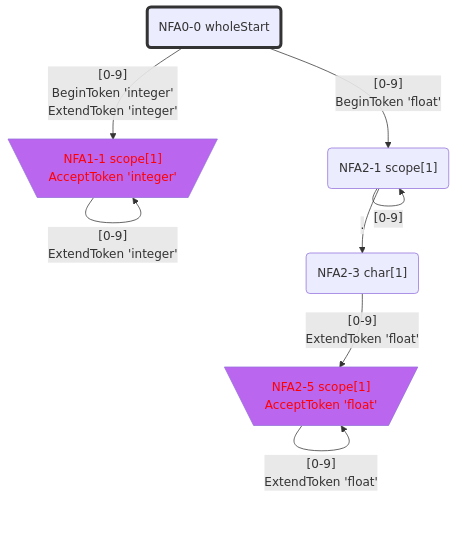
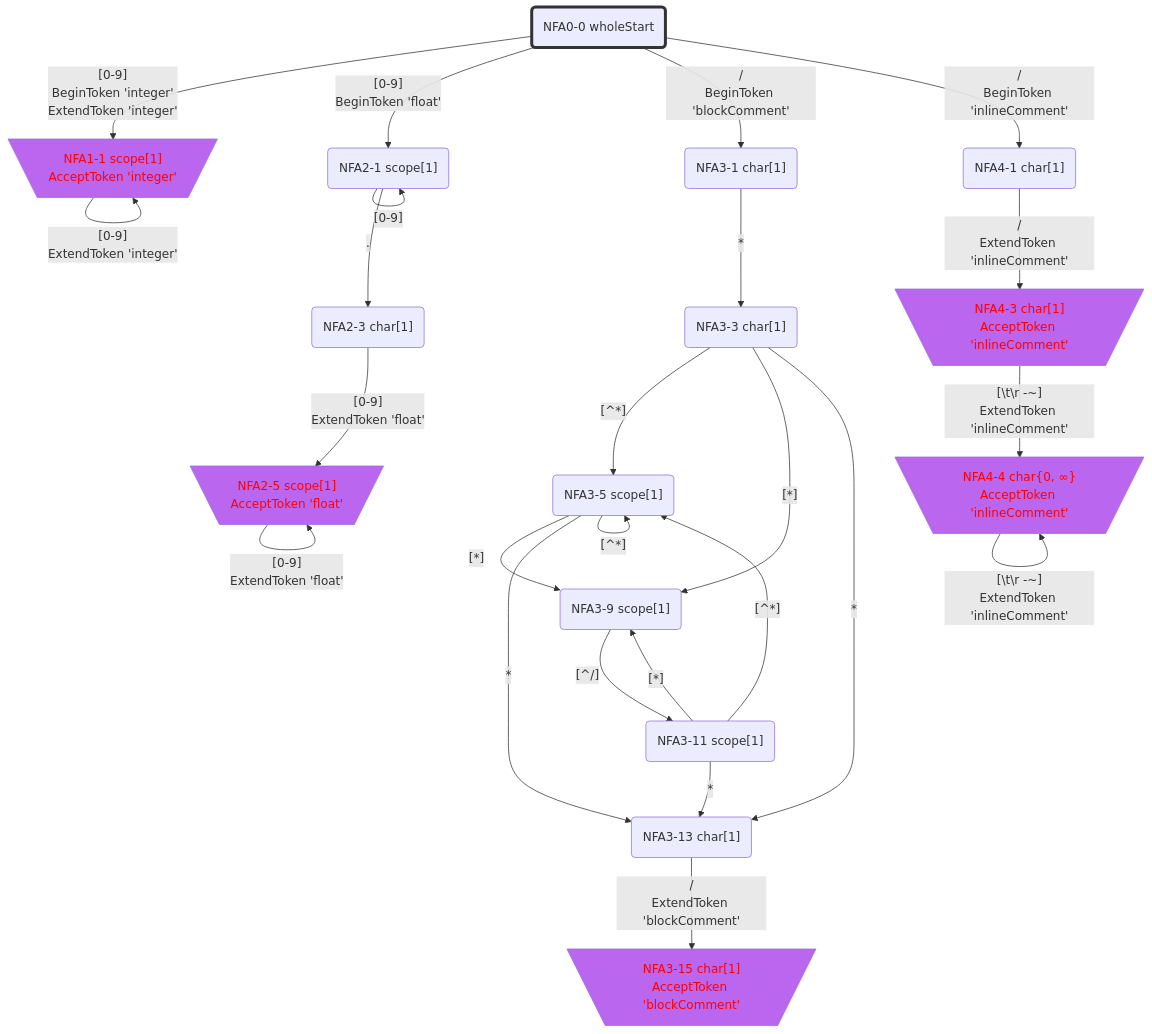
Before and after one commit to bitzhuwei/GrammarMentor: the third of 7 diagrams in Practices/Practice.GeneratedXxxFormat.Test/GeneratedNumbers/doc/LexicalStates.gen.md, drawn with Mermaid. The commit also changed other lines of this file and 3868 other files, not shown here.

````diff
--- a/Practices/Practice.GeneratedXxxFormat.Test/GeneratedNumbers/doc/LexicalStates.gen.md
+++ b/Practices/Practice.GeneratedXxxFormat.Test/GeneratedNumbers/doc/LexicalStates.gen.md
@@ -215,41 +481,80 @@
 ```Mermaid
 flowchart
 classDef c0001 color:#FF0000;
 classDef c0010 stroke-dasharray: 10 10;
 classDef c0011 stroke-dasharray: 10 10,color:#FF0000;
 classDef c0100 fill:#BB66EE;
 classDef c0101 fill:#BB66EE,color:#FF0000;
 classDef c0110 fill:#BB66EE,stroke-dasharray: 10 10;
 classDef c0111 fill:#BB66EE,stroke-dasharray: 10 10,color:#FF0000;
 classDef c1000 stroke:#333,stroke-width:4px;
 classDef c1001 stroke:#333,stroke-width:4px,color:#FF0000;
 classDef c1010 stroke:#333,stroke-width:4px,stroke-dasharray: 10 10;
 classDef c1011 stroke:#333,stroke-width:4px,stroke-dasharray: 10 10,color:#FF0000;
 classDef c1100 stroke:#333,stroke-width:4px,fill:#BB66EE;
 classDef c1101 stroke:#333,stroke-width:4px,fill:#BB66EE,color:#FF0000;
 classDef c1110 stroke:#333,stroke-width:4px,fill:#BB66EE,stroke-dasharray: 10 10;
 classDef c1111 stroke:#333,stroke-width:4px,fill:#BB66EE,stroke-dasharray: 10 10,color:#FF0000;
-NFA0_0_2916945("NFA0-0 wholeStart")
-class NFA0_0_2916945 c1000;
-NFA1_1_22693726[\"NFA1-1 scope[1]
+NFA0_0_46769243("NFA0-0 wholeStart")
+class NFA0_0_46769243 c1000;
+NFA1_1_20109663[\"NFA1-1 scope[1]
 AcceptToken 'integer'"/]
-class NFA1_1_22693726 c0101;
-NFA2_1_26252507("NFA2-1 scope[1]")
-NFA2_3_34945973("NFA2-3 char[1]")
-NFA2_5_46078304[\"NFA2-5 scope[1]
+class NFA1_1_20109663 c0101;
+NFA2_1_18270010("NFA2-1 scope[1]")
+NFA3_1_30212363("NFA3-1 char[1]")
+NFA4_1_3475817("NFA4-1 char[1]")
+NFA2_3_31282356("NFA2-3 char[1]")
+NFA3_3_54932709("NFA3-3 char[1]")
+NFA4_3_13105749[\"NFA4-3 char[1]
+AcceptToken 'inlineComment'"/]
+class NFA4_3_13105749 c0101;
+NFA2_5_50842877[\"NFA2-5 scope[1]
 AcceptToken 'float'"/]
-class NFA2_5_46078304 c0101;
-NFA0_0_2916945 -->|"[0-9]
+class NFA2_5_50842877 c0101;
+NFA3_5_20364417("NFA3-5 scope[1]")
+NFA3_9_24632334("NFA3-9 scope[1]")
+NFA3_13_49062032("NFA3-13 char[1]")
+NFA4_4_38905106[\"NFA4-4 char{0, ∞}
+AcceptToken 'inlineComment'"/]
+class NFA4_4_38905106 c0101;
+NFA3_11_64305920("NFA3-11 scope[1]")
+NFA3_15_14601642[\"NFA3-15 char[1]
+AcceptToken 'blockComment'"/]
+class NFA3_15_14601642 c0101;
+NFA0_0_46769243 -->|"[0-9]
 BeginToken 'integer'
-ExtendToken 'integer'"|NFA1_1_22693726
-NFA0_0_2916945 -->|"[0-9]
-BeginToken 'float'"|NFA2_1_26252507
-NFA1_1_22693726 -->|"[0-9]
-ExtendToken 'integer'"|NFA1_1_22693726
-NFA2_1_26252507 -->|"[0-9]"|NFA2_1_26252507
-NFA2_1_26252507 -->|"."|NFA2_3_34945973
-NFA2_3_34945973 -->|"[0-9]
-ExtendToken 'float'"|NFA2_5_46078304
-NFA2_5_46078304 -->|"[0-9]
-ExtendToken 'float'"|NFA2_5_46078304
+ExtendToken 'integer'"|NFA1_1_20109663
+NFA0_0_46769243 -->|"[0-9]
+BeginToken 'float'"|NFA2_1_18270010
+NFA0_0_46769243 -->|"/
+BeginToken 'blockComment'"|NFA3_1_30212363
+NFA0_0_46769243 -->|"/
+BeginToken 'inlineComment'"|NFA4_1_3475817
+NFA1_1_20109663 -->|"[0-9]
+ExtendToken 'integer'"|NFA1_1_20109663
+NFA2_1_18270010 -->|"[0-9]"|NFA2_1_18270010
+NFA2_1_18270010 -->|"."|NFA2_3_31282356
+NFA3_1_30212363 -->|"*"|NFA3_3_54932709
+NFA4_1_3475817 -->|"/
+ExtendToken 'inlineComment'"|NFA4_3_13105749
+NFA2_3_31282356 -->|"[0-9]
+ExtendToken 'float'"|NFA2_5_50842877
+NFA3_3_54932709 -->|"[^*]"|NFA3_5_20364417
+NFA3_3_54932709 -->|"[*]"|NFA3_9_24632334
+NFA3_3_54932709 -->|"*"|NFA3_13_49062032
+NFA4_3_13105749 -->|"[#92;t#92;r#32;-~]
+ExtendToken 'inlineComment'"|NFA4_4_38905106
+NFA2_5_50842877 -->|"[0-9]
+ExtendToken 'float'"|NFA2_5_50842877
+NFA3_5_20364417 -->|"[^*]"|NFA3_5_20364417
+NFA3_5_20364417 -->|"[*]"|NFA3_9_24632334
+NFA3_5_20364417 -->|"*"|NFA3_13_49062032
+NFA3_9_24632334 -->|"[^/]"|NFA3_11_64305920
+NFA3_13_49062032 -->|"/
+ExtendToken 'blockComment'"|NFA3_15_14601642
+NFA4_4_38905106 -->|"[#92;t#92;r#32;-~]
+ExtendToken 'inlineComment'"|NFA4_4_38905106
+NFA3_11_64305920 -->|"[^*]"|NFA3_5_20364417
+NFA3_11_64305920 -->|"[*]"|NFA3_9_24632334
+NFA3_11_64305920 -->|"*"|NFA3_13_49062032
 ```
````
